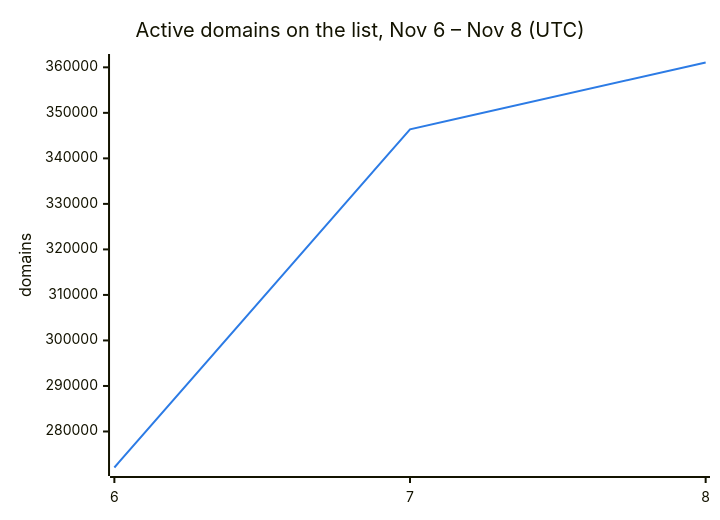
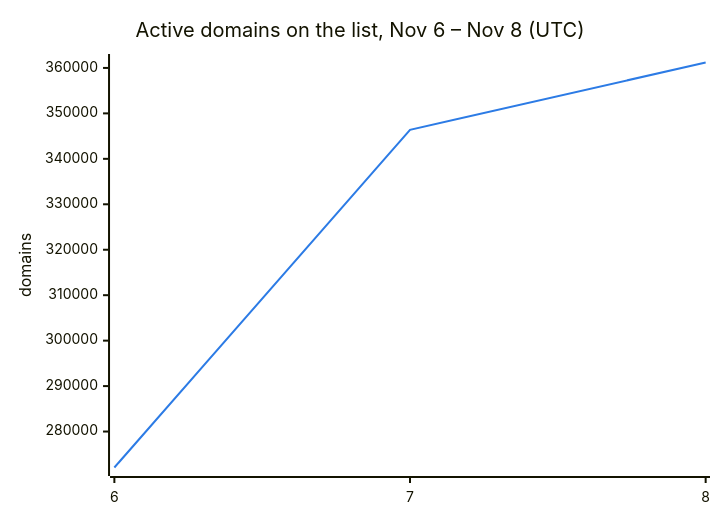
One commit to DNSBunker/CTI changed the second of 3 diagrams in README.md. Above: the diagram before and after it, drawn with Mermaid. The commit also changed other lines of this file and 3 other files, not shown here.

````diff
--- a/README.md
+++ b/README.md
@@ -38,8 +38,8 @@
 ```mermaid
 %%{init: {"themeVariables": {"xyChart": {"plotColorPalette": "#2c7be5"}}}}%%
 xychart-beta
     title "Active domains on the list, Nov 6 – Nov 8 (UTC)"
     x-axis ["6", "7", "8"]
     y-axis "domains"
-    line [272088, 346388, 361061]
+    line [272088, 346388, 361195]
 ```
````
